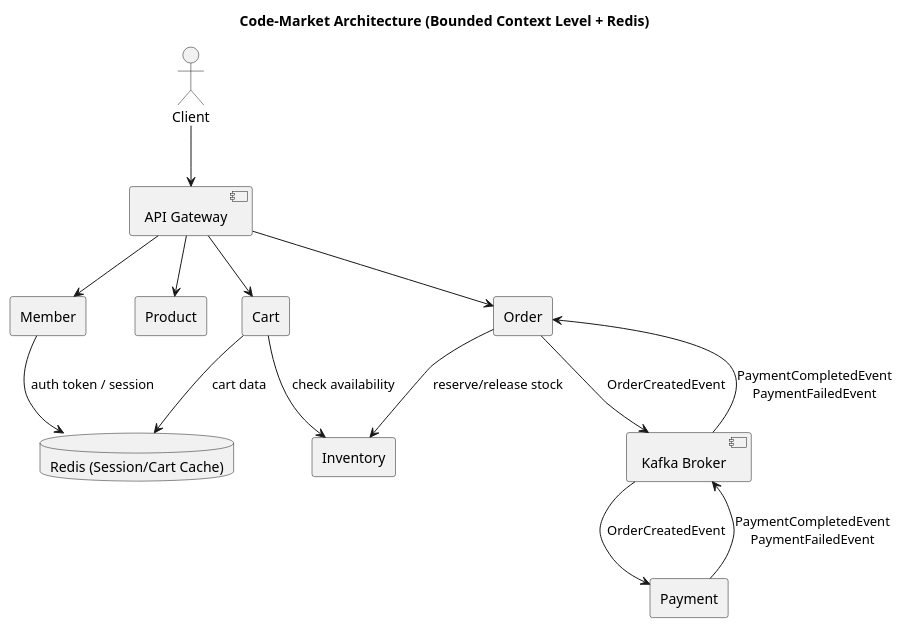
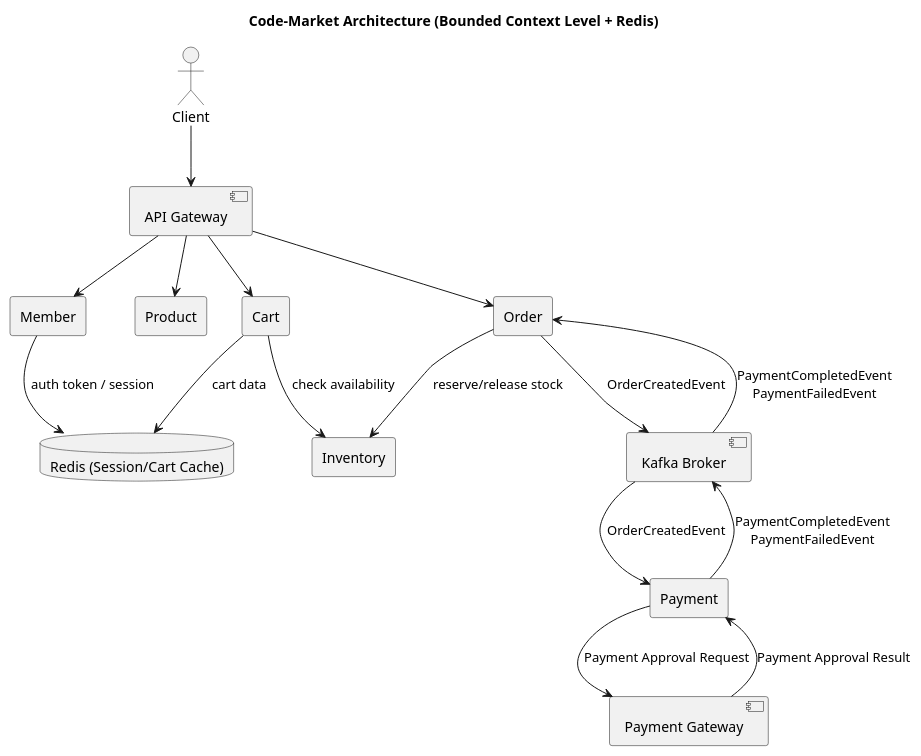
Before and after one commit to f-lab-edu/code-market: the diagram in docs/component_diagram.puml, drawn with PlantUML. The commit also changed 9 other files, not shown here.

Commit message:
docs(usecase): 사용자 시나리오 기능별 번호와 유스케이스 다이어그램 번호 매핑

```diff
--- a/docs/component_diagram.puml
+++ b/docs/component_diagram.puml
@@ -1,48 +1,52 @@
 @startuml
 title Code-Market Architecture (Bounded Context Level + Redis)
 
 actor Client
 component "API Gateway" as APIGW
 
 rectangle "Member" as MemberBC
 rectangle "Product" as ProductBC
 rectangle "Inventory" as InventoryBC
 rectangle "Cart" as CartBC
 rectangle "Order" as OrderBC
 rectangle "Payment" as PaymentBC
 
 ' === Infra (Redis 등) ===
 database "Redis (Session/Cart Cache)" as Redis
 
 ' 클라이언트 진입점
 Client --> APIGW
 
 ' API Gateway → 각 BC
 APIGW --> MemberBC
 APIGW --> ProductBC
 APIGW --> CartBC
 APIGW --> OrderBC
 
 ' Cart / Member 가 Redis 사용한다고 가정
 MemberBC --> Redis : auth token / session
 CartBC --> Redis : cart data
 
 ' Cart → Inventory (재고 확인)
 CartBC --> InventoryBC : check availability
 
 ' Order → Inventory (재고 예약/해제)
 OrderBC --> InventoryBC : reserve/release stock
 
 ' ========================
 ' Kafka 를 통한 이벤트 흐름
 ' ========================
 component "Kafka Broker" as Kafka
 
 ' Order ↔ Payment
 OrderBC --> Kafka : OrderCreatedEvent
 Kafka --> PaymentBC : OrderCreatedEvent
 
 PaymentBC --> Kafka : PaymentCompletedEvent\nPaymentFailedEvent
 Kafka --> OrderBC : PaymentCompletedEvent\nPaymentFailedEvent
 
+component "Payment Gateway" as PAYMENTGW
+PaymentBC --> PAYMENTGW : Payment Approval Request
+PAYMENTGW --> PaymentBC : Payment Approval Result
+
 @enduml
```
